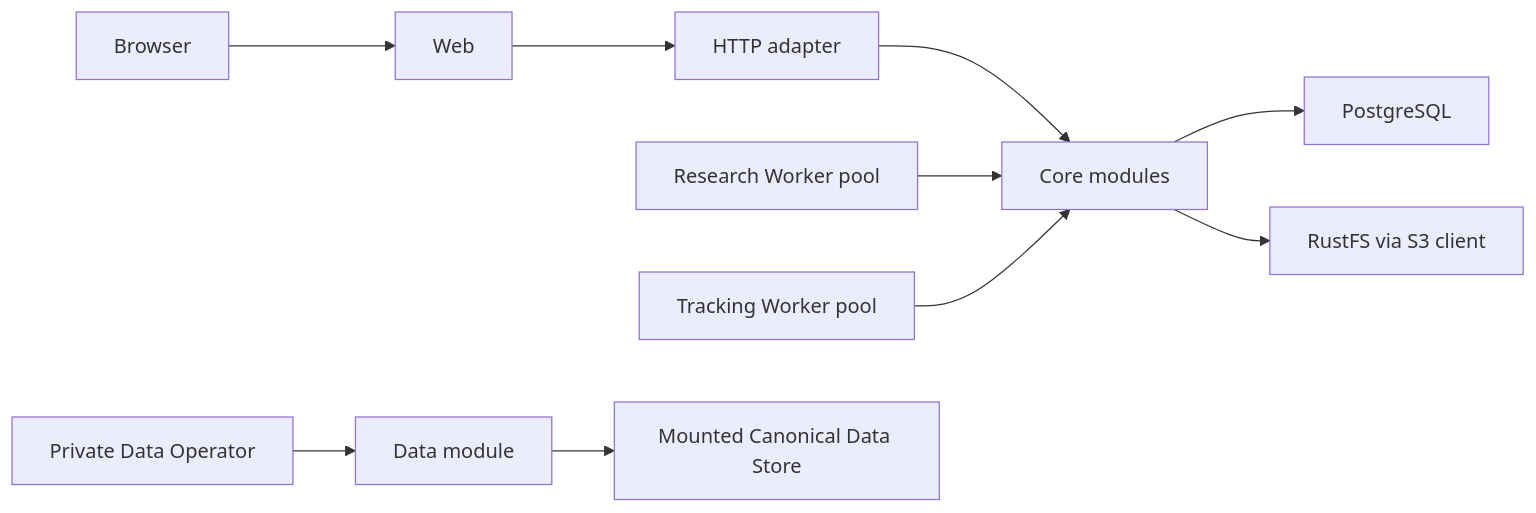
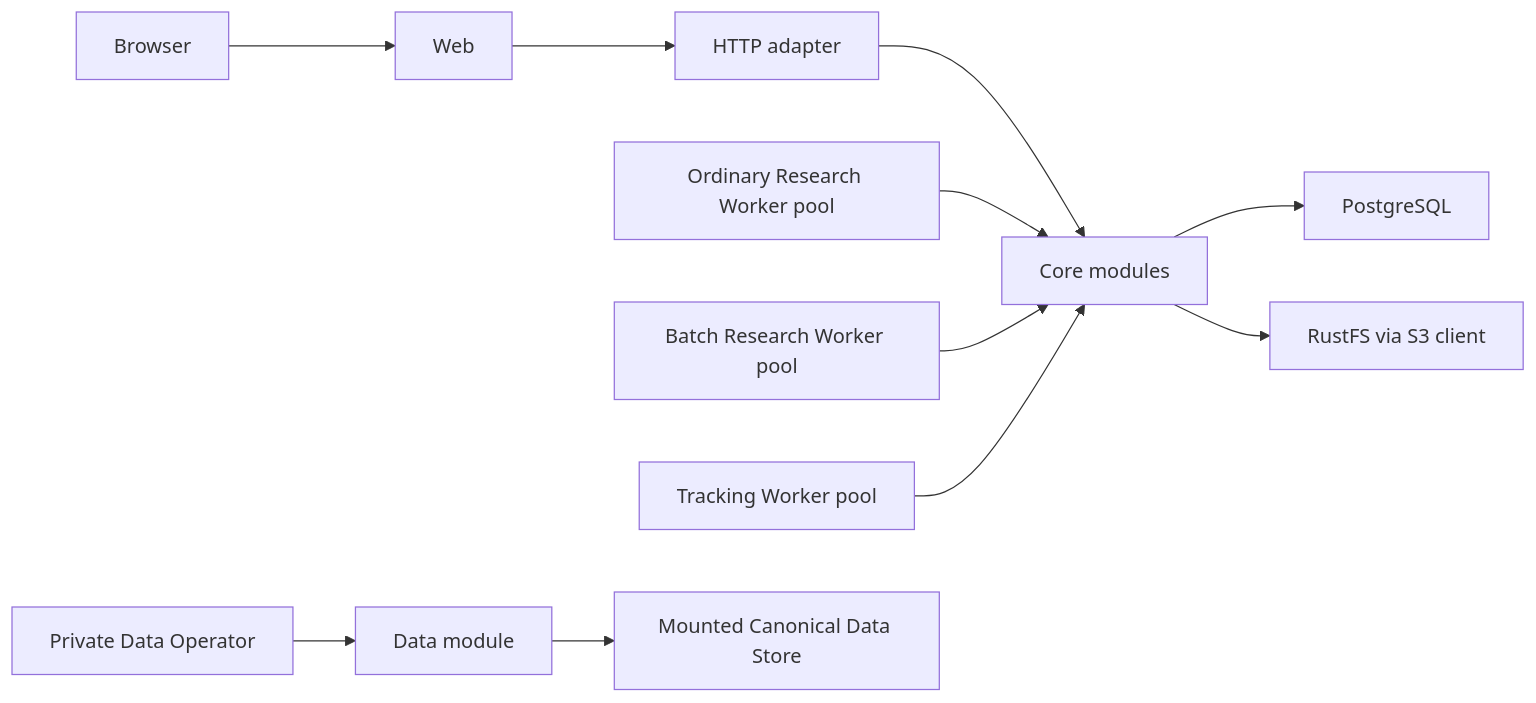
One commit to humeo/thesistrace changed the first of 2 diagrams in docs/architecture/core.md. Above: the diagram before and after it, drawn with Mermaid. The commit also changed other lines of this file and 15 other files, not shown here.

Commit message:
test(research): qualify batch production path

````diff
--- a/docs/architecture/core.md
+++ b/docs/architecture/core.md
@@ -40,12 +43,13 @@
 ```mermaid
 flowchart LR
     B["Browser"] --> W["Web"]
     W --> H["HTTP adapter"]
     H --> M["Core modules"]
-    R["Research Worker pool"] --> M
+    R["Ordinary Research Worker pool"] --> M
+    Q["Batch Research Worker pool"] --> M
     T["Tracking Worker pool"] --> M
     O["Private Data Operator"] --> D["Data module"]
     M --> P["PostgreSQL"]
     M --> S["RustFS via S3 client"]
     D --> F["Mounted Canonical Data Store"]
 ```
````
